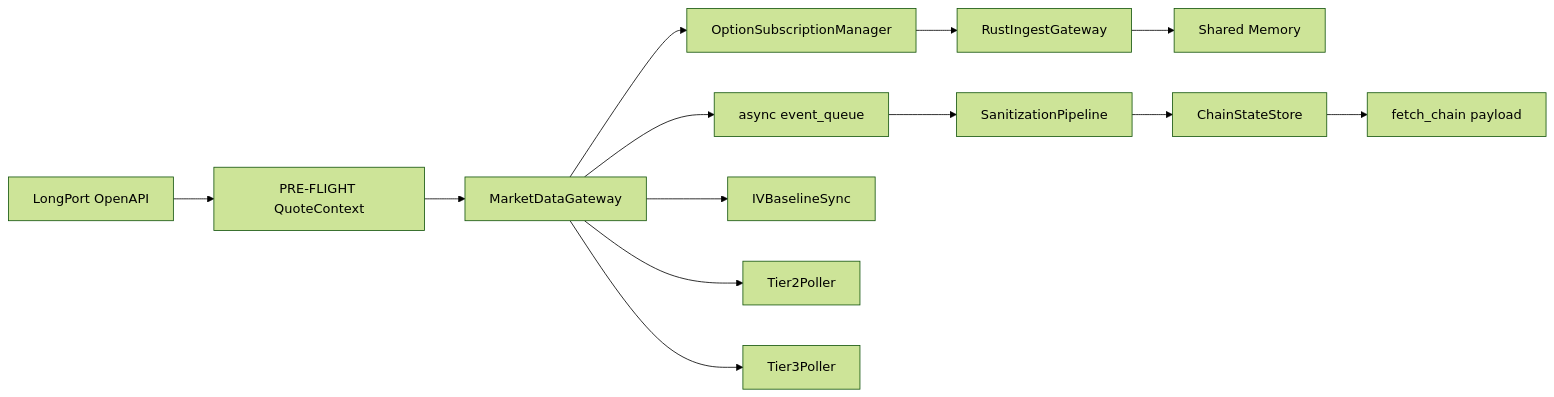
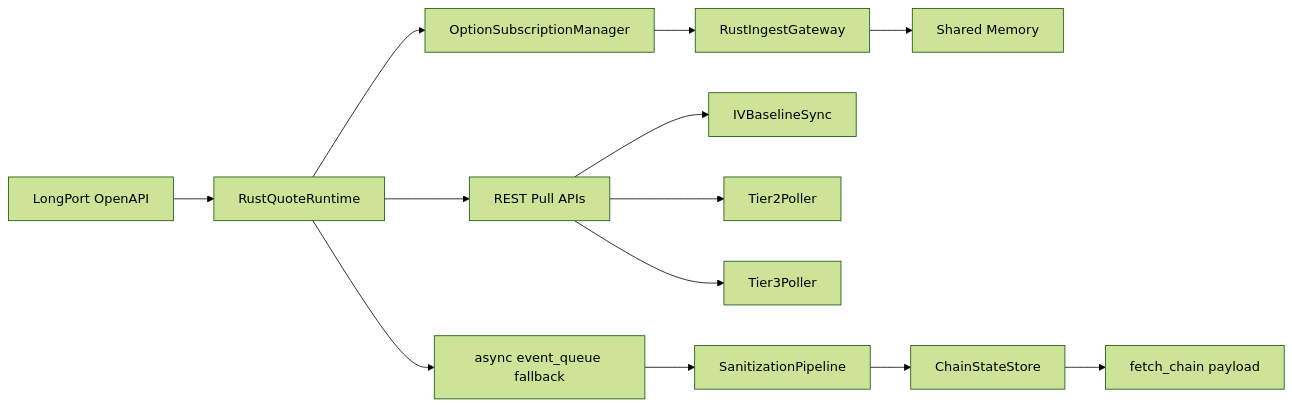
Before and after one commit to Skioleeya/option_trading: the diagram in docs/SOP/L0_DATA_FEED.md, drawn with Mermaid (forest theme). The commit also changed other lines of this file and 54 other files, not shown here.

Commit message:
feat: cut over rust-only runtime and harden L0-L4 pipeline

````diff
--- a/docs/SOP/L0_DATA_FEED.md
+++ b/docs/SOP/L0_DATA_FEED.md
@@ -12,15 +12,15 @@
 ```mermaid
 flowchart LR
-  A[LongPort OpenAPI] --> B[PRE-FLIGHT QuoteContext]
-  B --> C[MarketDataGateway]
-  C --> D[OptionSubscriptionManager]
-  D --> E[RustIngestGateway]
-  E --> F[Shared Memory]
-  C --> G[async event_queue]
-  G --> H[SanitizationPipeline]
-  H --> I[ChainStateStore]
-  I --> J[fetch_chain payload]
-  C --> K[IVBaselineSync]
-  C --> L[Tier2Poller]
-  C --> M[Tier3Poller]
+  A[LongPort OpenAPI] --> B[RustQuoteRuntime]
+  B --> C[OptionSubscriptionManager]
+  C --> D[RustIngestGateway]
+  D --> E[Shared Memory]
+  B --> F[REST Pull APIs]
+  F --> G[IVBaselineSync]
+  F --> H[Tier2Poller]
+  F --> I[Tier3Poller]
+  B --> J[async event_queue fallback]
+  J --> K[SanitizationPipeline]
+  K --> L[ChainStateStore]
+  L --> M[fetch_chain payload]
 ```
````
